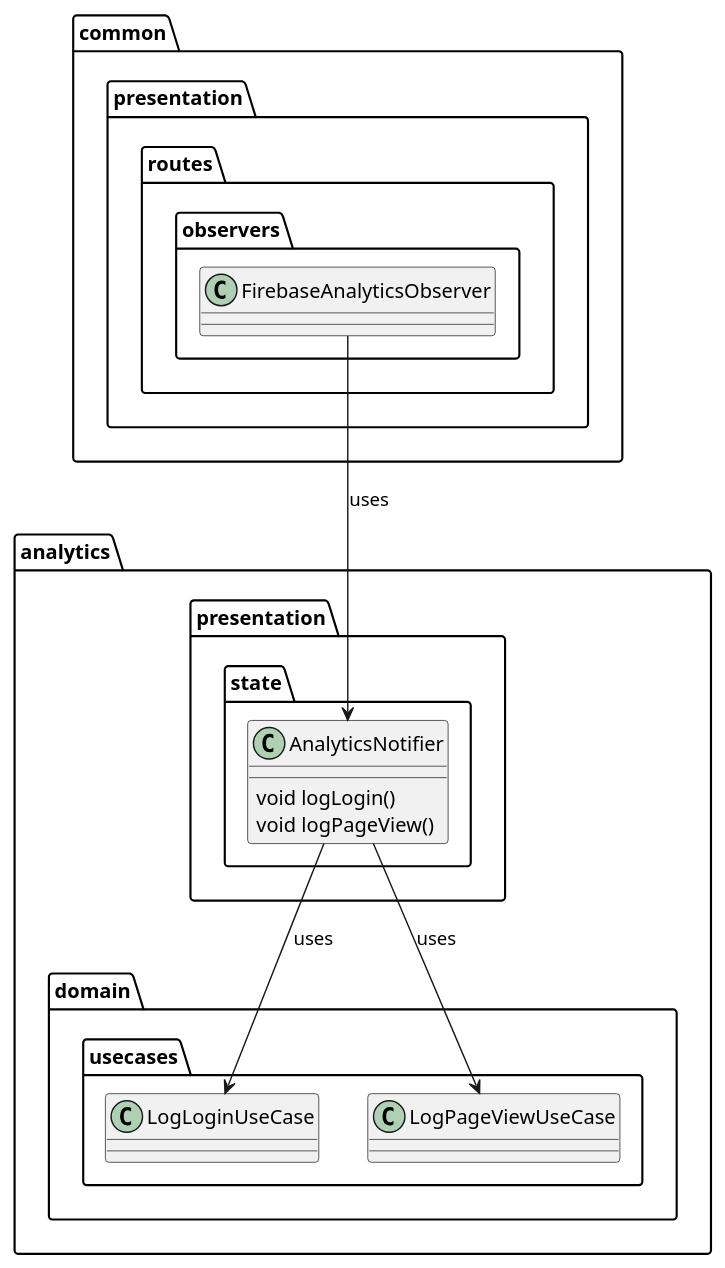
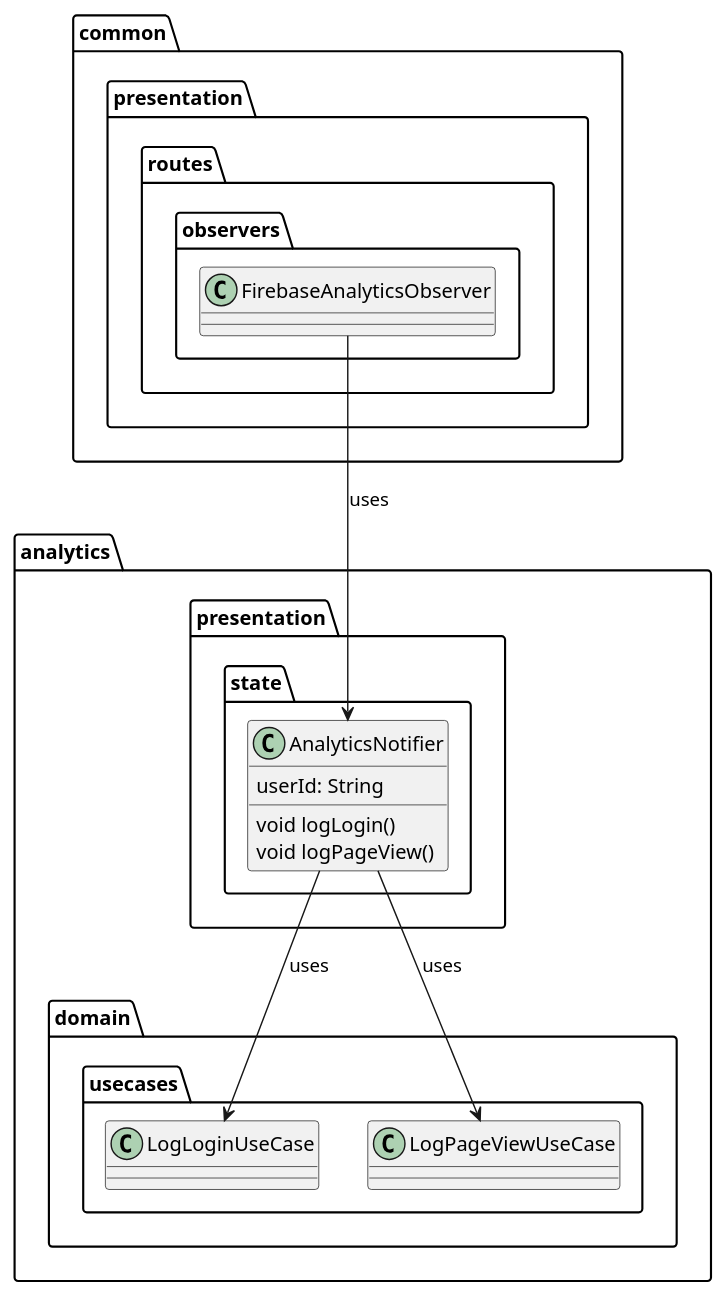
One commit to Flank/flank-dashboard changed the diagram in metrics/web/docs/features/firebase_analytics/diagrams/firebase_analytics_presentation.puml. Above: the diagram before and after it, drawn with PlantUML. The commit also changed 1 other file, not shown here.

Commit message:
Improve diagrams.

```diff
--- a/metrics/web/docs/features/firebase_analytics/diagrams/firebase_analytics_presentation.puml
+++ b/metrics/web/docs/features/firebase_analytics/diagrams/firebase_analytics_presentation.puml
@@ -1,21 +1,22 @@
 @startuml
 package analytics.presentation.state {
     class AnalyticsNotifier {
+        userId: String
         void logLogin()
         void logPageView()
     }
 }
 
 package common.presentation.routes.observers {
     class FirebaseAnalyticsObserver{}
 }
 
 package analytics.domain.usecases {
     class LogLoginUseCase{}
     class LogPageViewUseCase{}
 }
 
 AnalyticsNotifier --> LogLoginUseCase : uses
 AnalyticsNotifier --> LogPageViewUseCase : uses
 FirebaseAnalyticsObserver --> AnalyticsNotifier : uses
 @enduml
```
